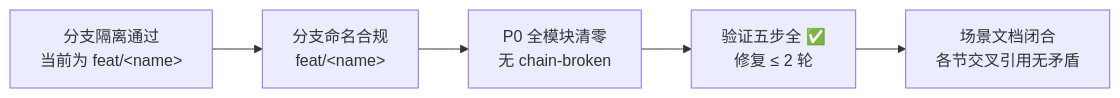
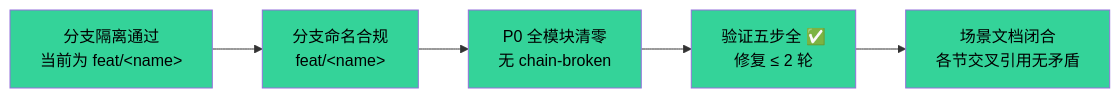
One commit to effiy/YrY changed the ninth of 9 diagrams in rules/code-pipeline.md. Above: the diagram before and after it, drawn with Mermaid. The commit also changed other lines of this file and 341 other files, not shown here.

````diff
--- a/rules/code-pipeline.md
+++ b/rules/code-pipeline.md
@@ -285,9 +291,9 @@
 ```mermaid
 flowchart LR
     S0["分支隔离通过<br/>当前为 feat/&lt;name&gt;"]:::sig --> S1["分支命名合规<br/>feat/&lt;name&gt;"]:::sig
     S1 --> S2["P0 全模块清零<br/>无 chain-broken"]:::sig
     S2 --> S3["验证五步全 ✅<br/>修复 ≤ 2 轮"]:::sig
     S3 --> S4["场景文档闭合<br/>各节交叉引用无矛盾"]:::sig
 
-
+    classDef sig fill:#34d399,color:#000
 ```
````
